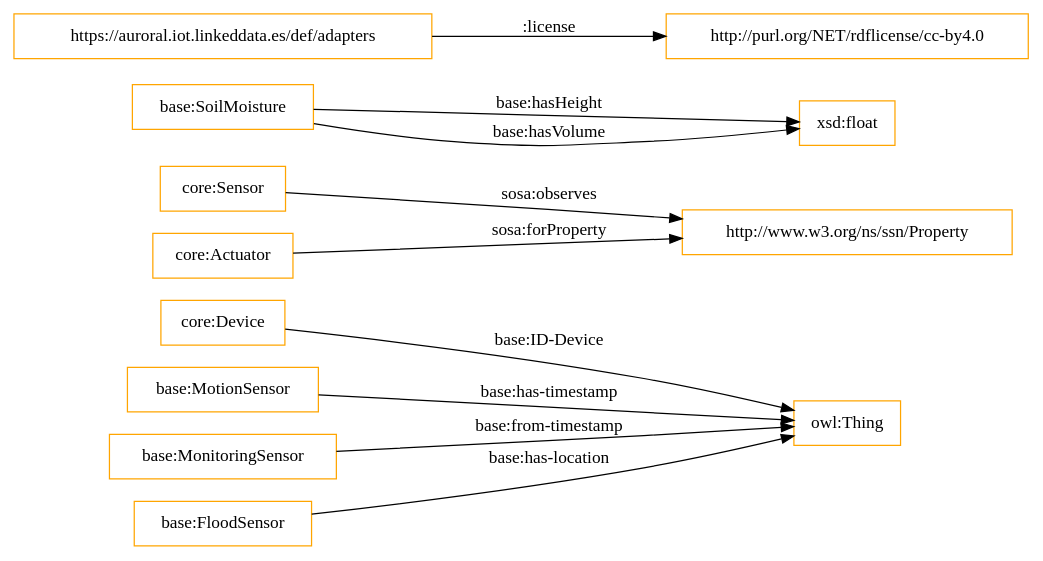
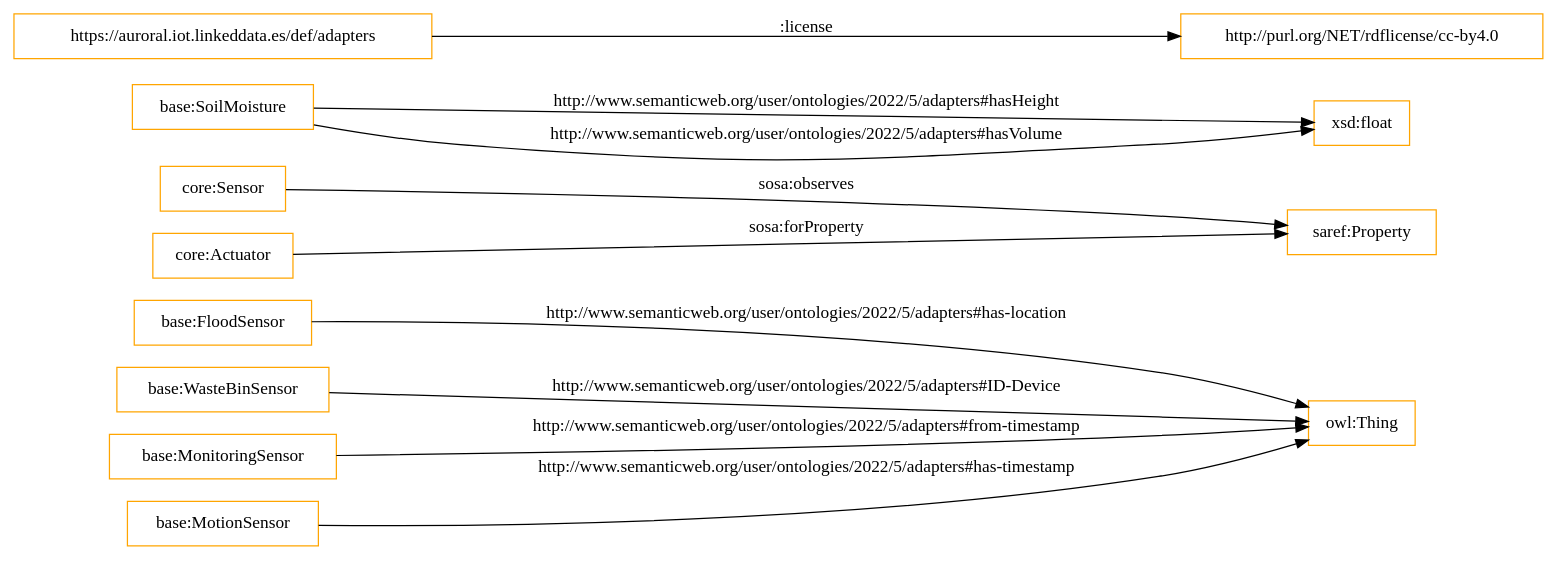
Before and after one commit to oeg-upm/auroral-adapters-ontology: the diagram in OnToology/Ontology/adapters-ontology.owl/diagrams/ar2dtool-class/adapters-ontology.owl.png.dot, drawn with Graphviz. The commit also changed 12 other files, not shown here.

```diff
--- a/OnToology/Ontology/adapters-ontology.owl/diagrams/ar2dtool-class/adapters-ontology.owl.png.dot
+++ b/OnToology/Ontology/adapters-ontology.owl/diagrams/ar2dtool-class/adapters-ontology.owl.png.dot
@@ -1,15 +1,15 @@
 digraph ar2dtool_diagram { 
 rankdir=LR;
 size="1501"
-node [shape = rectangle, color="orange"]; "core:Device" "core:Sensor" "core:Actuator" "base:MotionSensor" "base:SoilMoisture" "base:MonitoringSensor" "base:FloodSensor" "http://www.w3.org/ns/ssn/Property" ; /*classes style*/
+node [shape = rectangle, color="orange"]; "base:FloodSensor" "core:Sensor" "core:Actuator" "base:SoilMoisture" "base:WasteBinSensor" "saref:Property" "base:MonitoringSensor" "base:MotionSensor" ; /*classes style*/
 	"https://auroral.iot.linkeddata.es/def/adapters" -> "http://purl.org/NET/rdflicense/cc-by4.0" [ label = ":license" ];
-	"base:SoilMoisture" -> "xsd:float" [ label = "base:hasHeight" ];
-	"core:Actuator" -> "http://www.w3.org/ns/ssn/Property" [ label = "sosa:forProperty" ];
-	"base:SoilMoisture" -> "xsd:float" [ label = "base:hasVolume" ];
-	"base:FloodSensor" -> "owl:Thing" [ label = "base:has-location" ];
-	"core:Sensor" -> "http://www.w3.org/ns/ssn/Property" [ label = "sosa:observes" ];
-	"base:MonitoringSensor" -> "owl:Thing" [ label = "base:from-timestamp" ];
-	"base:MotionSensor" -> "owl:Thing" [ label = "base:has-timestamp" ];
-	"core:Device" -> "owl:Thing" [ label = "base:ID-Device" ];
+	"base:SoilMoisture" -> "xsd:float" [ label = "http://www.semanticweb.org/user/ontologies/2022/5/adapters#hasHeight" ];
+	"core:Actuator" -> "saref:Property" [ label = "sosa:forProperty" ];
+	"base:SoilMoisture" -> "xsd:float" [ label = "http://www.semanticweb.org/user/ontologies/2022/5/adapters#hasVolume" ];
+	"base:FloodSensor" -> "owl:Thing" [ label = "http://www.semanticweb.org/user/ontologies/2022/5/adapters#has-location" ];
+	"core:Sensor" -> "saref:Property" [ label = "sosa:observes" ];
+	"base:MonitoringSensor" -> "owl:Thing" [ label = "http://www.semanticweb.org/user/ontologies/2022/5/adapters#from-timestamp" ];
+	"base:MotionSensor" -> "owl:Thing" [ label = "http://www.semanticweb.org/user/ontologies/2022/5/adapters#has-timestamp" ];
+	"base:WasteBinSensor" -> "owl:Thing" [ label = "http://www.semanticweb.org/user/ontologies/2022/5/adapters#ID-Device" ];
 
 }
```
